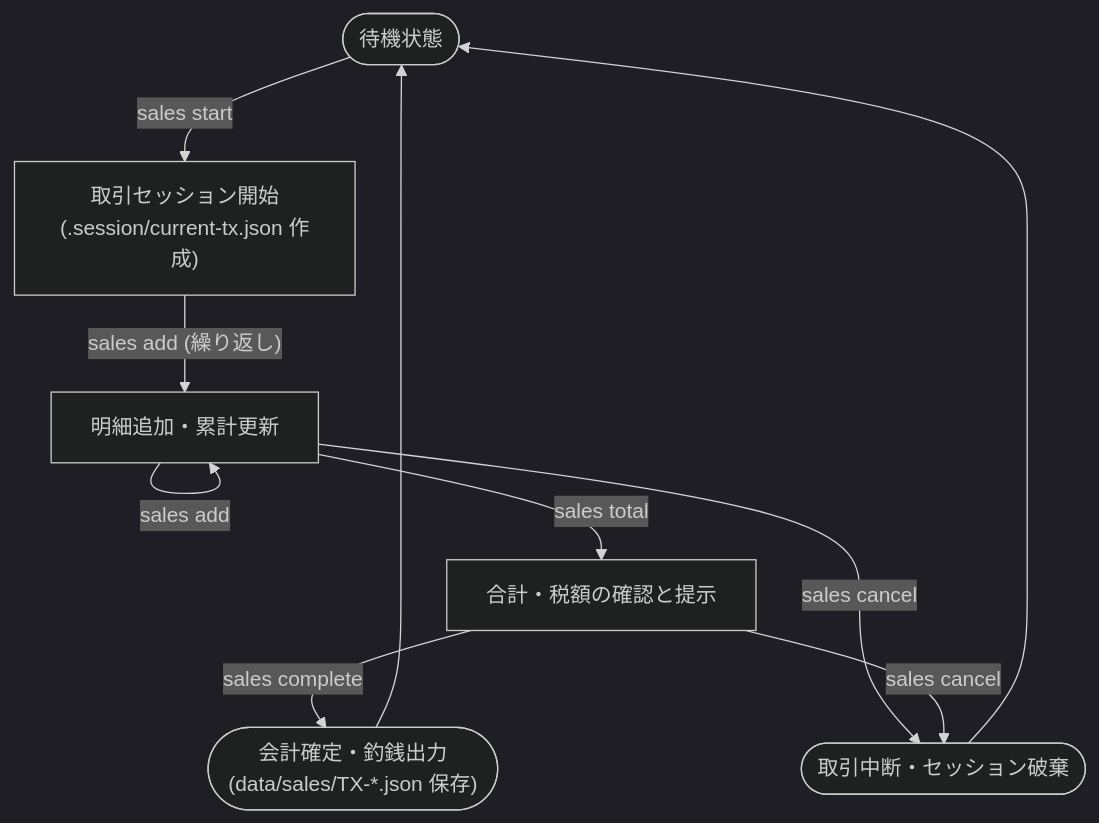
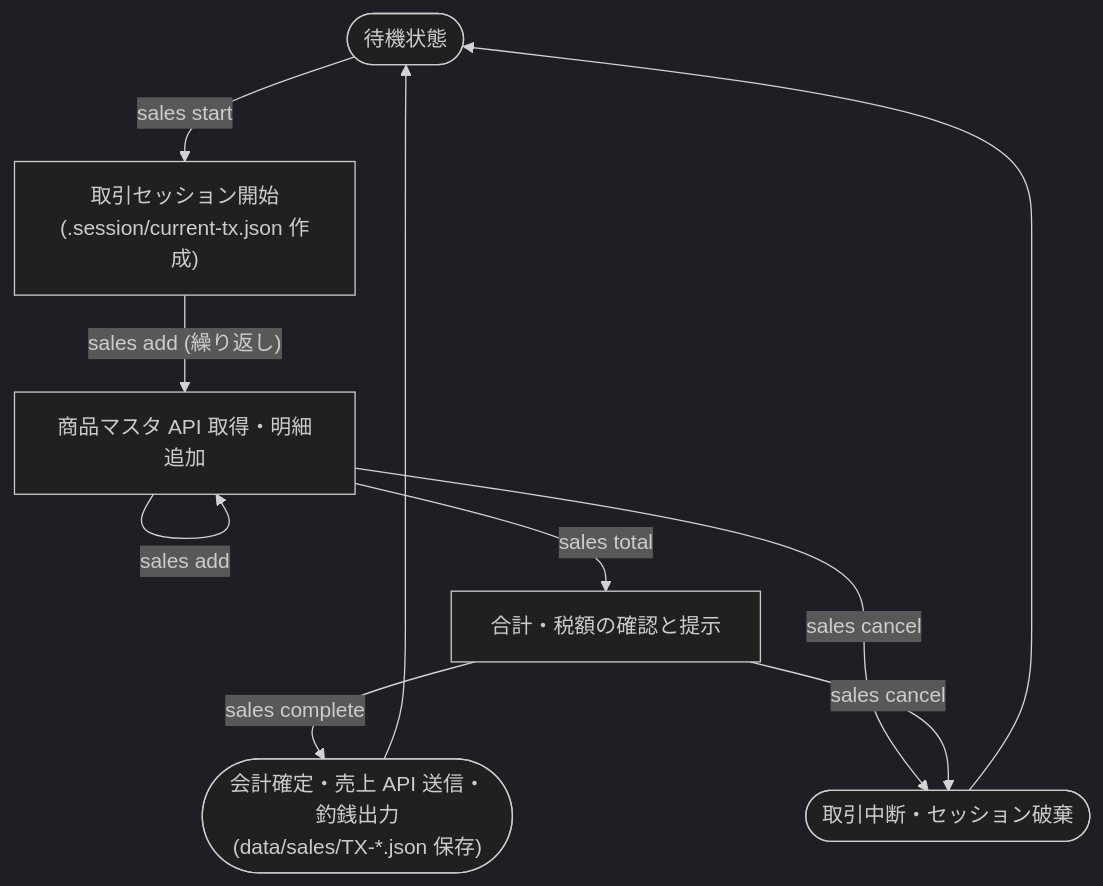
One commit to specdojo/specdojo changed the diagram in docs/ja/specdojo/samples/clis-sample.md. Above: the diagram before and after it, drawn with Mermaid (dark theme). The commit also changed other lines of this file and 6 other files, not shown here.

````diff
--- a/docs/ja/specdojo/samples/clis-sample.md
+++ b/docs/ja/specdojo/samples/clis-sample.md
@@ -30,12 +30,12 @@
 ```mermaid
 flowchart TD
     Start(["待機状態"]) -->|"sales start"| Session["取引セッション開始<br/>(.session/current-tx.json 作成)"]
-    Session -->|"sales add (繰り返し)"| Adding["明細追加・累計更新"]
+    Session -->|"sales add (繰り返し)"| Adding["商品マスタ API 取得・明細追加"]
     Adding -->|"sales add"| Adding
     Adding -->|"sales total"| Confirm["合計・税額の確認と提示"]
-    Confirm -->|"sales complete"| Done(["会計確定・釣銭出力<br/>(data/sales/TX-*.json 保存)"])
+    Confirm -->|"sales complete"| Done(["会計確定・売上 API 送信・釣銭出力<br/>(data/sales/TX-*.json 保存)"])
     Adding -->|"sales cancel"| Cancel(["取引中断・セッション破棄"])
     Confirm -->|"sales cancel"| Cancel
     Cancel --> Start
     Done --> Start
 ```
````
